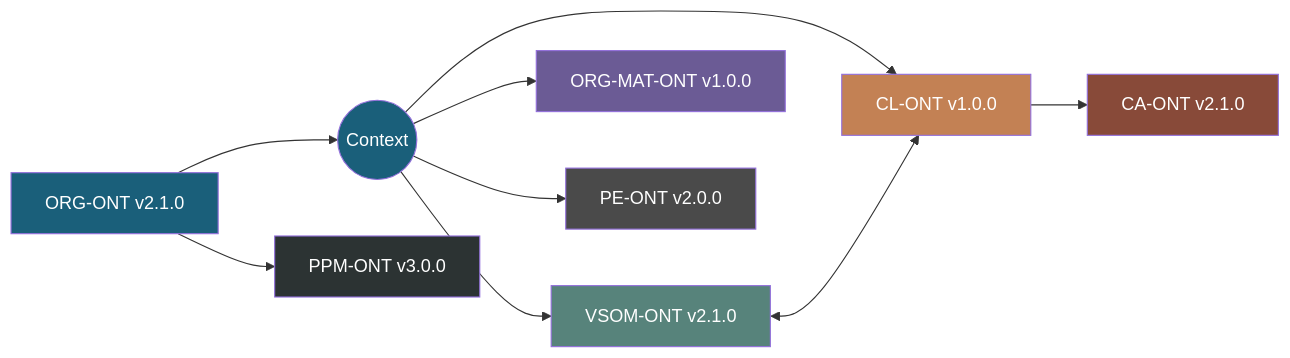
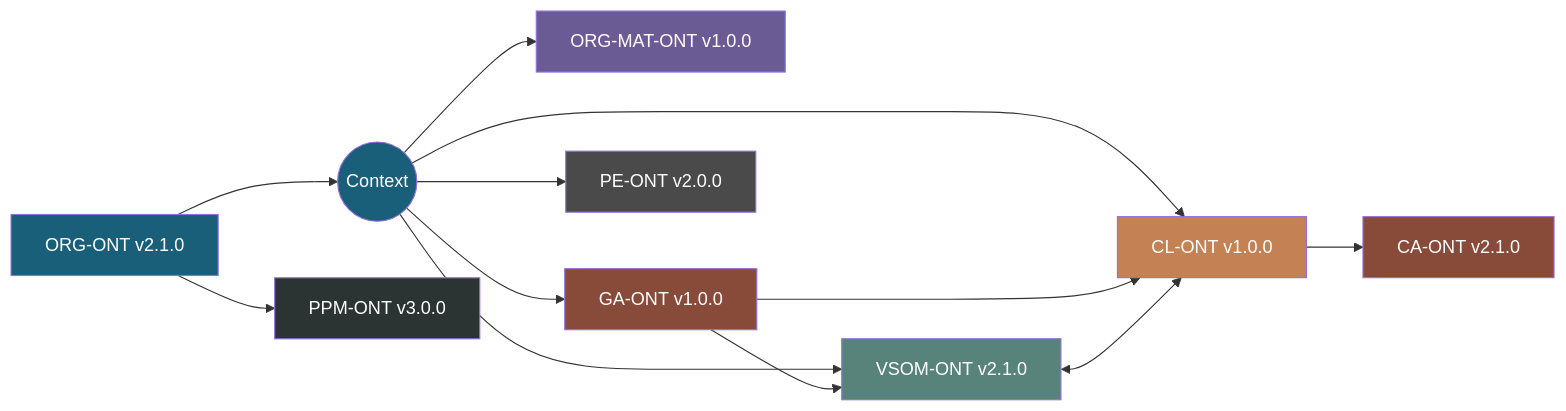
The sixth of 6 diagrams in PBS/ONTOLOGIES/ONTOLOGY-ARCHITECTURE.md (ajrmooreuk/Azlan-EA-AAA), drawn with Mermaid before and after one commit. The commit also changed other lines of this file and 3 other files, not shown here.

````diff
--- a/PBS/ONTOLOGIES/ONTOLOGY-ARCHITECTURE.md
+++ b/PBS/ONTOLOGIES/ONTOLOGY-ARCHITECTURE.md
@@ -280,20 +313,24 @@
 ```mermaid
 graph LR
     ORG[ORG-ONT v2.1.0] --> CTX((Context))
     CTX --> VSOM[VSOM-ONT v2.1.0]
     CTX --> CL[CL-ONT v1.0.0]
     CTX --> MAT[ORG-MAT-ONT v1.0.0]
+    CTX --> GA[GA-ONT v1.0.0]
     CTX --> PE[PE-ONT v2.0.0]
     CL --> CA[CA-ONT v2.1.0]
+    GA --> CL
+    GA --> VSOM
     VSOM <--> CL
     ORG --> PPM[PPM-ONT v3.0.0]
 
     style ORG fill:#1a5f7a,color:#fff
     style CTX fill:#1a5f7a,color:#fff
     style VSOM fill:#57837b,color:#fff
     style CL fill:#c38154,color:#fff
     style CA fill:#884a39,color:#fff
+    style GA fill:#884a39,color:#fff
     style MAT fill:#6b5b95,color:#fff
     style PPM fill:#2c3333,color:#fff
     style PE fill:#4a4a4a,color:#fff
 ```
````
